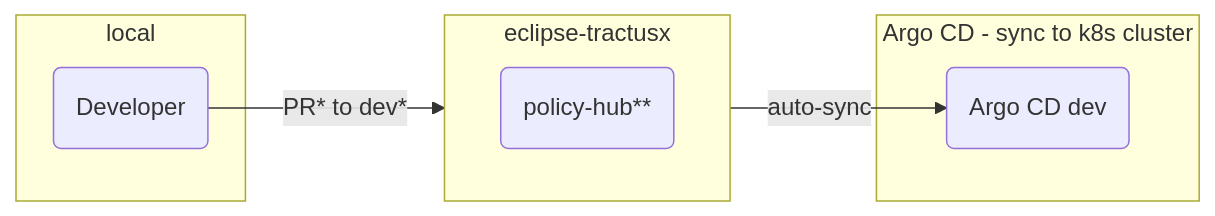
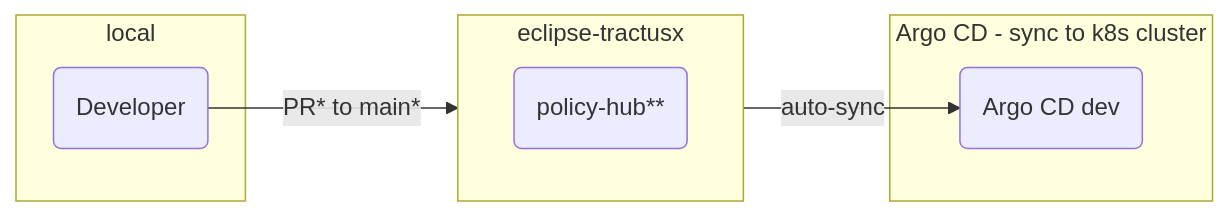
One commit to eclipse-tractusx/policy-hub changed the diagram in docs/technical-documentation/dev-process/Dev-flow_deploy-dev-env.md. Above: the diagram before and after it, drawn with Mermaid. The commit also changed 18 other files, not shown here.

Commit message:
chore(dev-flow): maintain latest changes in main branch get rid of the dev branch eclipse-tractusx/portal#243

````diff
--- a/docs/technical-documentation/dev-process/Dev-flow_deploy-dev-env.md
+++ b/docs/technical-documentation/dev-process/Dev-flow_deploy-dev-env.md
@@ -3,15 +3,15 @@
 ```mermaid
 flowchart LR
     subgraph local
     D(Developer)
     end
     subgraph eclipse-tractusx
         direction LR
-        D -- PR* to dev*--> PH(policy-hub**)
+        D -- PR* to main*--> PH(policy-hub**)
         click PH "https://github.com/eclipse-tractusx/policy-hub"
     end
     subgraph Argo CD - sync to k8s cluster
     PH -- auto-sync --> A(Argo CD dev)
     click A "https://argo.dev.demo.catena-x.net"
     end
 ```
````
